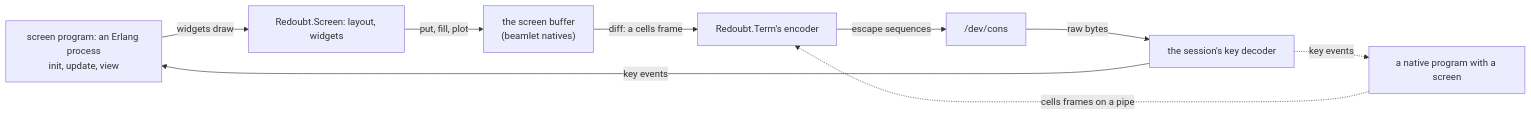
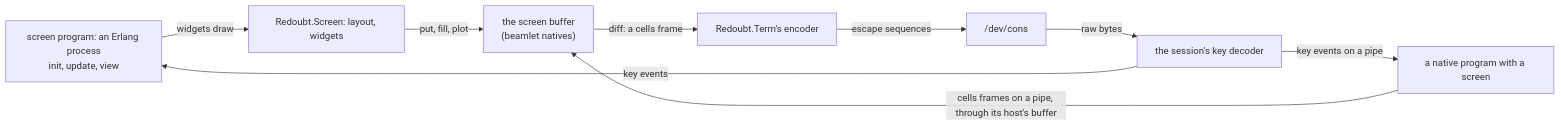
Before and after one commit to sirmick/redoubt: the first of 2 diagrams in docs/userland/shell.md, drawn with Mermaid. The commit also changed other lines of this file and 2 other files, not shown here.

First line of the commit message:
docs: a native program's screen, built

````diff
--- a/docs/userland/shell.md
+++ b/docs/userland/shell.md
@@ -506,11 +516,11 @@
 ```mermaid
 flowchart LR
     APP["screen program: an Erlang process<br/>init, update, view"] -->|"widgets draw"| W["Redoubt.Screen: layout, widgets"]
     W -->|"put, fill, plot"| B["the screen buffer<br/>(beamlet natives)"]
     B -->|"diff: a cells frame"| E["Redoubt.Term's encoder"]
-    NP["a native program with a screen"] -.->|"cells frames on a pipe"| E
+    NP["a native program with a screen"] -->|"cells frames on a pipe, through its host's buffer"| B
     E -->|"escape sequences"| C["/dev/cons"]
     C -->|"raw bytes"| K["the session's key decoder"]
     K -->|"key events"| APP
-    K -.->|"key events"| NP
+    K -->|"key events on a pipe"| NP
 ```
````
